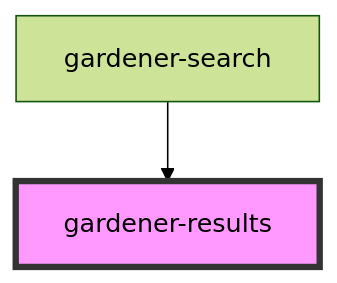
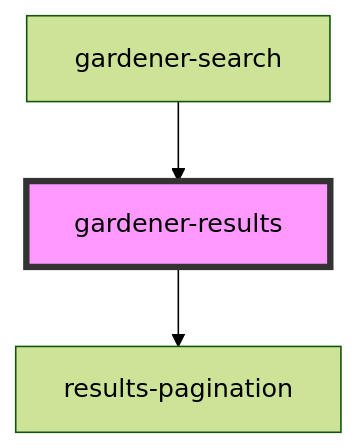
The diagram in src/components/results/readme.md (neropha/stencil-gardb), drawn with Mermaid (forest theme) before and after one commit. The commit also changed other lines of this file and 69 other files, not shown here.

````diff
--- a/src/components/results/readme.md
+++ b/src/components/results/readme.md
@@ -29,5 +33,6 @@
 ```mermaid
 graph TD;
+  gardener-results --> results-pagination
   gardener-search --> gardener-results
   style gardener-results fill:#f9f,stroke:#333,stroke-width:4px
 ```
````
